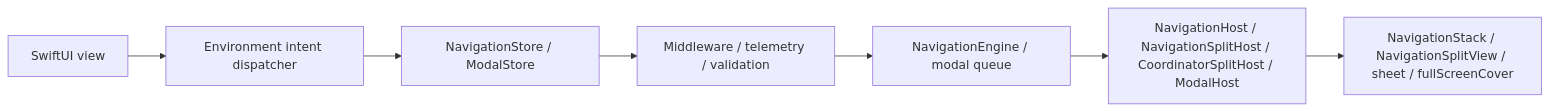
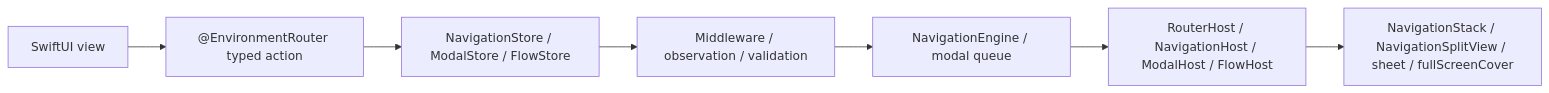
One commit to InnoSquadCorp/InnoRouter changed the first of 2 diagrams in README.ko.md. Above: the diagram before and after it, drawn with Mermaid. The commit also changed other lines of this file and 57 other files, not shown here.

````diff
--- a/README.ko.md
+++ b/README.ko.md
@@ -335,9 +335,9 @@
 ```mermaid
 flowchart LR
-    View["SwiftUI view"] --> Intent["Environment intent dispatcher"]
-    Intent --> Store["NavigationStore / ModalStore"]
-    Store --> Policy["Middleware / telemetry / validation"]
+    View["SwiftUI view"] --> Actions["@EnvironmentRouter typed action"]
+    Actions --> Store["NavigationStore / ModalStore / FlowStore"]
+    Store --> Policy["Middleware / observation / validation"]
     Policy --> Execution["NavigationEngine / modal queue"]
-    Execution --> Host["NavigationHost / NavigationSplitHost / CoordinatorSplitHost / ModalHost"]
+    Execution --> Host["RouterHost / NavigationHost / ModalHost / FlowHost"]
     Host --> System["NavigationStack / NavigationSplitView / sheet / fullScreenCover"]
 ```
````
